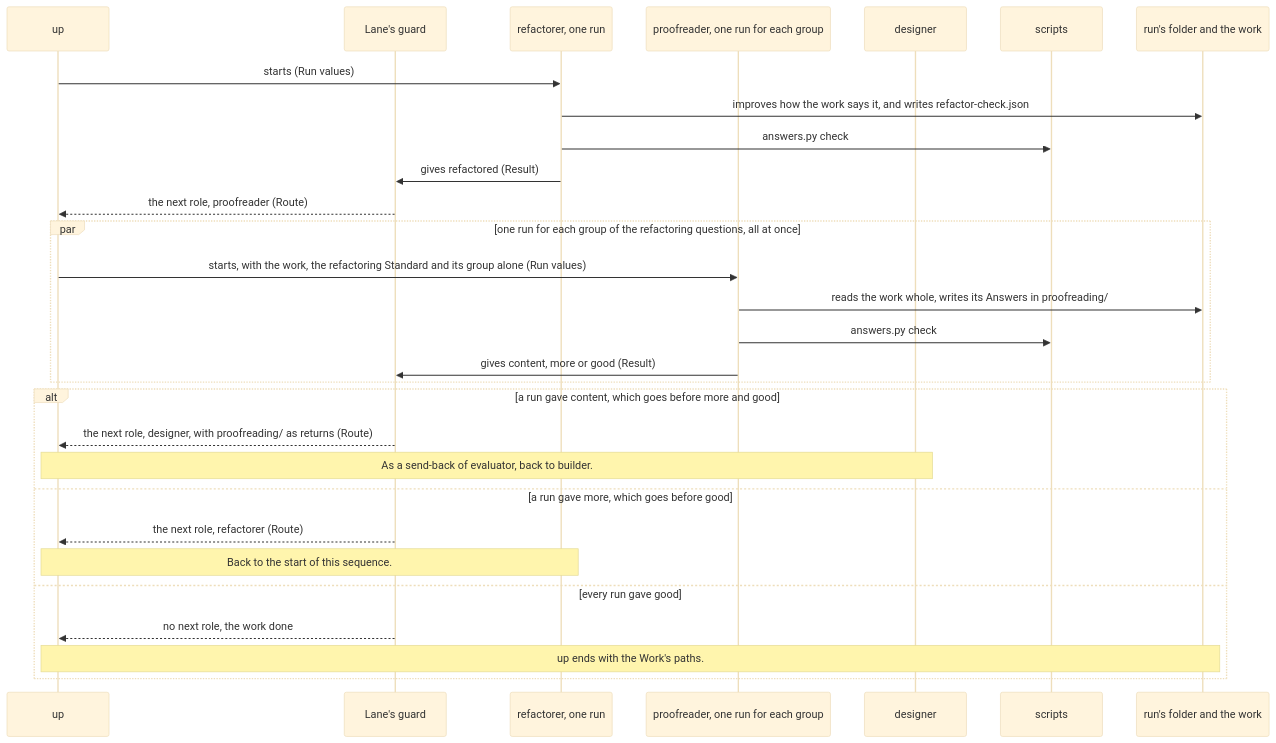
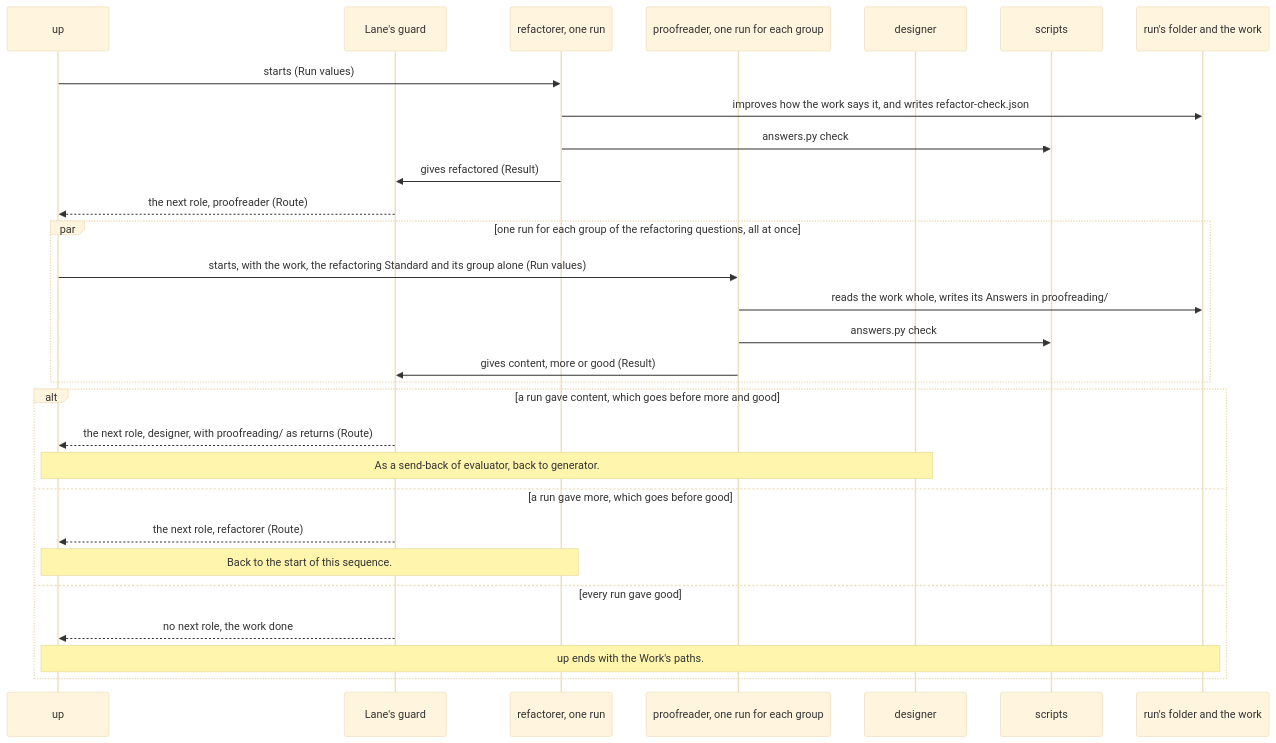
The fifth of 9 diagrams in dev/turn/architecture.md (lovaizu/ccpm), drawn with Mermaid (base theme) before and after one commit. The commit also changed other lines of this file and 45 other files, not shown here.

First line of the commit message:
turn: the role that makes the work from the design is generator, paired with evaluator as Anthropic's harness design names them, its result generated; whoever develops a plugin or a product is a developer, so builder no longer means two things

````diff
--- a/dev/turn/architecture.md
+++ b/dev/turn/architecture.md
@@ -492,31 +492,31 @@
 ```mermaid
 sequenceDiagram
   participant U as up
   participant G as Lane's guard
   participant RF as refactorer, one run
   participant PR as proofreader, one run for each group
   participant D as designer
   participant S as scripts
   participant F as run's folder and the work
   U->>RF: starts (Run values)
   RF->>F: improves how the work says it, and writes refactor-check.json
   RF->>S: answers.py check
   RF->>G: gives refactored (Result)
   G-->>U: the next role, proofreader (Route)
   par one run for each group of the refactoring questions, all at once
     U->>PR: starts, with the work, the refactoring Standard and its group alone (Run values)
     PR->>F: reads the work whole, writes its Answers in proofreading/
     PR->>S: answers.py check
     PR->>G: gives content, more or good (Result)
   end
   alt a run gave content, which goes before more and good
     G-->>U: the next role, designer, with proofreading/ as returns (Route)
-    Note over U,D: As a send-back of evaluator, back to builder.
+    Note over U,D: As a send-back of evaluator, back to generator.
   else a run gave more, which goes before good
     G-->>U: the next role, refactorer (Route)
     Note over U,RF: Back to the start of this sequence.
   else every run gave good
     G-->>U: no next role, the work done
     Note over U,F: up ends with the Work's paths.
   end
 ```
````
